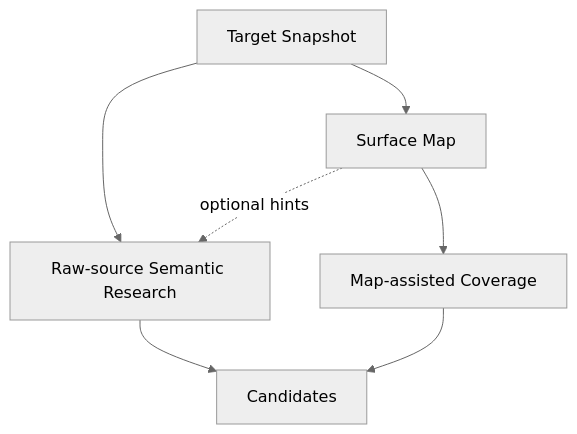
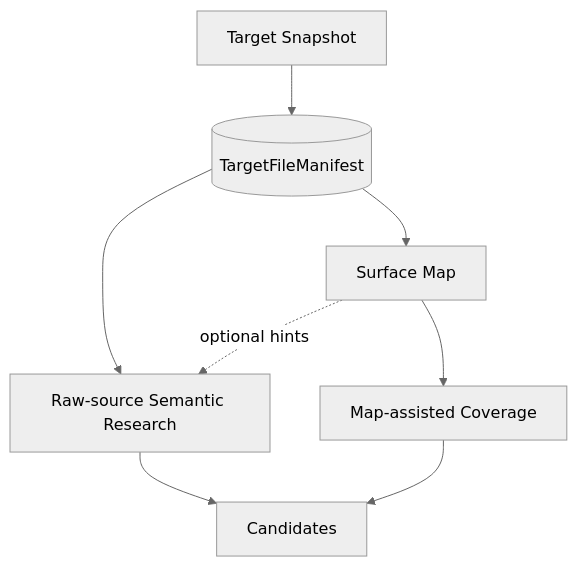
The diagram in docs/design/source-mapping-seam.md (momoponwork1415-lgtm/wordpress-harness), drawn with Mermaid (neutral theme) before and after one commit. The commit also changed other lines of this file and 100 other files, not shown here.

Commit message:
Implement durable semantic research campaign

````diff
--- a/docs/design/source-mapping-seam.md
+++ b/docs/design/source-mapping-seam.md
@@ -19,7 +21,8 @@
 ```mermaid
 flowchart TB
-    snapshot["Target Snapshot"] --> raw["Raw-source Semantic Research"] --> candidates["Candidates"]
-    snapshot --> map["Surface Map"]
+    snapshot["Target Snapshot"] --> manifest[("TargetFileManifest")]
+    manifest --> raw["Raw-source Semantic Research"] --> candidates["Candidates"]
+    manifest --> map["Surface Map"]
     map -. "optional hints" .-> raw
     map --> coverage["Map-assisted Coverage"] --> candidates
 ```
````
